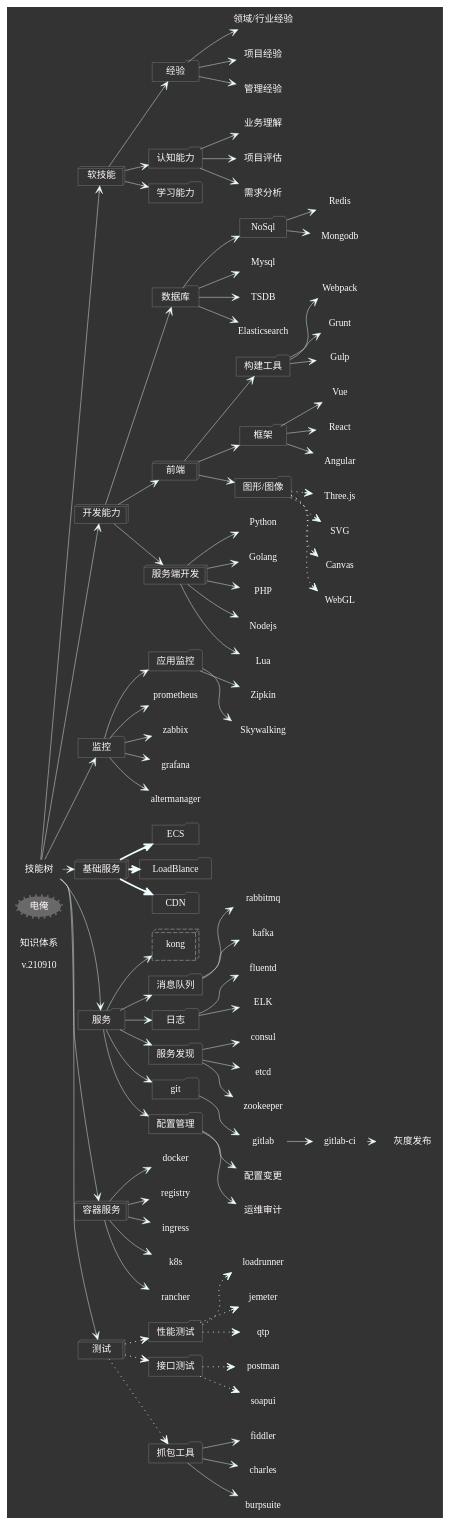
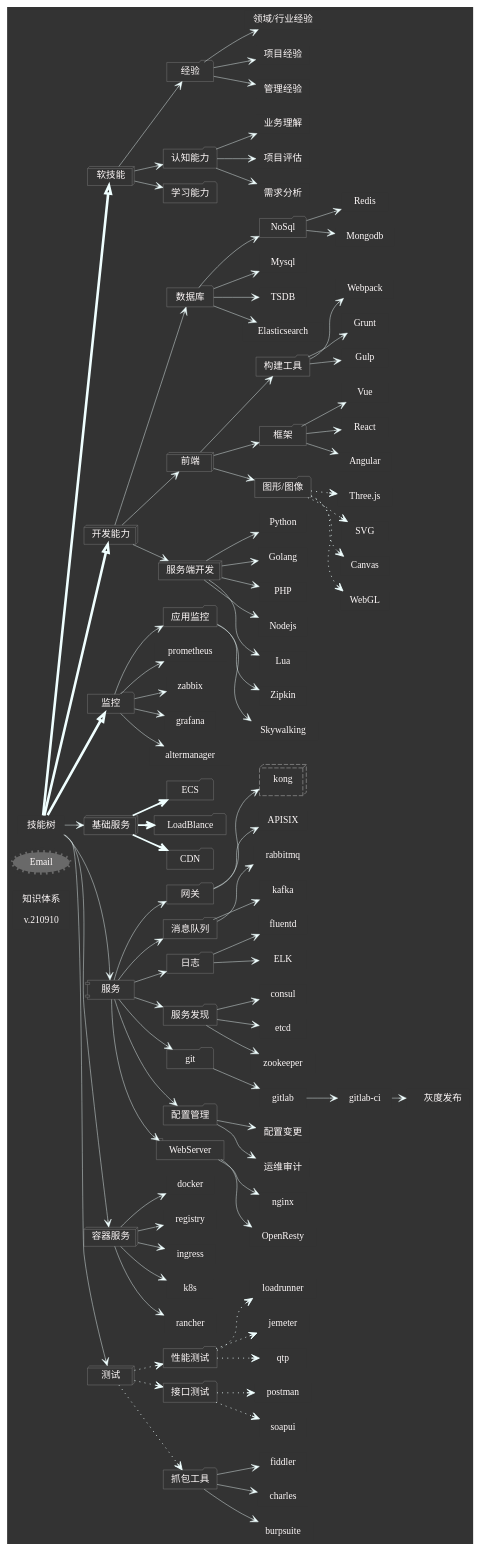
The diagram in me.dot (hipeace86/resume), drawn with Graphviz before and after one commit.

```diff
--- a/me.dot
+++ b/me.dot
@@ -1,120 +1,124 @@
 digraph hipeace86 {
     /*生成命令:
 $ dot -Tpng hipeace86.dot -o hipeace86.png -Tcmapx -o hipeace86.map
 $ neato -Tpng hipeace86.dot -o hipeace86.png -Tcmapx -o hipeace86.map
     全局设定
     */
     graph [label=""
         ,fontsize=12.0,fontcolor=snow
         ,labeljust="l",labelloc="b",center=1
-        ,ranksep=0.1,center=1,ratio=compress
+        ,ranksep=0.2,center=1,ratio=compress
         ,rankdir=LR
         ,bgcolor="#333333"
         ];
 
     node[fontsize=11.0,height=0.3
         ,style="filled,setlinewidth(0.5)",fillcolor="#333333",color=gray,fontcolor=snow
         ,shape=plaintext
         ];
 
     edge [fontsize=9.0,fontcolor=gray
         ,color=azure
         ,arrowsize=0.9,arrowhead=vee,arrowtail=none
         ,style="setlinewidth(0.5)"
         ];
     title [label="知识体系 \n\nv.210910"
         URL="https://blog.91python.com/resume/skill.html"];
 
-    mailme [label="电俺",shape=ellipse,style="filled,dashed,setlinewidth(5)"
+    mailme [label="Email",shape=ellipse,style="filled,dashed,setlinewidth(5)"
         ,color="#333333",fillcolor=dimgray
         ,URL="mailto:hipeace86@gmail.com"];
 
     Root [label="技能树"];
-    
-    Root->{skill dev monitor IAAS service container testing}
+    Root->{skill dev monitor }[style="setlinewidth(3)",arrowhead="empty"]
+    Root->{IAAS service container testing}
     IAAS[
         label="基础服务",shape=box3d;];
         ecs [label="ECS",shape=folder];
         lb [label="LoadBlance",shape=folder];
         CDN [label="CDN",shape=folder];
         IAAS->{ecs lb CDN}[style="setlinewidth(2)"]
 
     service [
-        label="服务",shape=folder;];
-        kong [label="kong",shape=box3d,style="dashed",height=0.5]
+        label="服务",shape=component;];
+        gateway[label="网关",shape=folder];
+            kong [label="kong",shape=box3d,style="dashed",height=0.5]
+            gateway->{kong APISIX}
         mq [label="消息队列",shape=folder]
             mq->{rabbitmq kafka}
         log [label="日志",shape=folder]
             log->{fluentd ELK}
         discovery [label="服务发现",shape=folder]
             discovery->{consul etcd zookeeper}
         git [label="git",shape=folder]
             ci[label="gitlab-ci"]
             git -> gitlab -> ci ->　灰度发布
         config [label="配置管理",shape=folder]
             changelog [label="配置变更"]
             ops_audit [label="运维审计"]
             config -> {changelog ops_audit}
+        webserver [label="WebServer",shape=tab];
+            webserver->{nginx OpenResty}
 
-        service->{kong mq log discovery git config}
+        service->{gateway webserver mq log discovery git config}
     
     container [label="容器服务",shape=box3d]
         
         container->{docker registry ingress k8s rancher}
 
     testing [label="测试",shape=box3d];
         test_performance [label="性能测试",shape=folder]
             test_performance ->{loadrunner jemeter qtp}[style="dotted"]
         test_api [label="接口测试",shape=folder]
             test_api ->{postman soapui}[style="dotted"]
         network [label="抓包工具",shape=folder]
             network ->{fiddler charles burpsuite}
 
         testing->{test_performance test_api network}[style="dotted"]
 
     
     dev[label="开发能力",shape=box3d]
         database [label="数据库",shape=folder]    
             nosql [label="NoSql",shape=folder]
                 nosql->{Redis Mongodb}
             
             database ->{Mysql nosql TSDB Elasticsearch}
     
         front [label="前端",shape=box3d]
             build [label="构建工具",shape=folder]
                 build->{Webpack Grunt Gulp}
             FrameWork [label="框架",shape=folder]
                 FrameWork->{Vue React Angular}
             image [label="图形/图像",shape=folder]
                 threejs[label="Three.js"]
                 image->{SVG Canvas WebGL threejs}[style="dotted"]
             front->{build FrameWork image}
         
         server [label="服务端开发",shape=box3d]
             server->{Python Golang PHP Nodejs Lua}
         
         dev->{server front database}
 
     monitor[label="监控",shape=folder]
         APM[label="应用监控",shape=folder]
             APM->{Zipkin Skywalking}
         monitor->{prometheus zabbix grafana altermanager APM}
 
     skill[label="软技能",shape=box3d];
         experience[label="经验",shape=folder];
             field[label="领域/行业经验"];
             project[label="项目经验"]
             management[label="管理经验"]
             experience->{management field project}
         congnitive_ability[label="认知能力",shape=folder]
             bussiness[label="业务理解"]
             project_evaluation[label="项目评估"]
             demand[label="需求分析"]
             congnitive_ability->{bussiness demand project_evaluation}
         
         learn[label="学习能力",shape=folder]
 
         skill->{experience learn congnitive_ability}
 
     edge [style=invis];
 }
```
